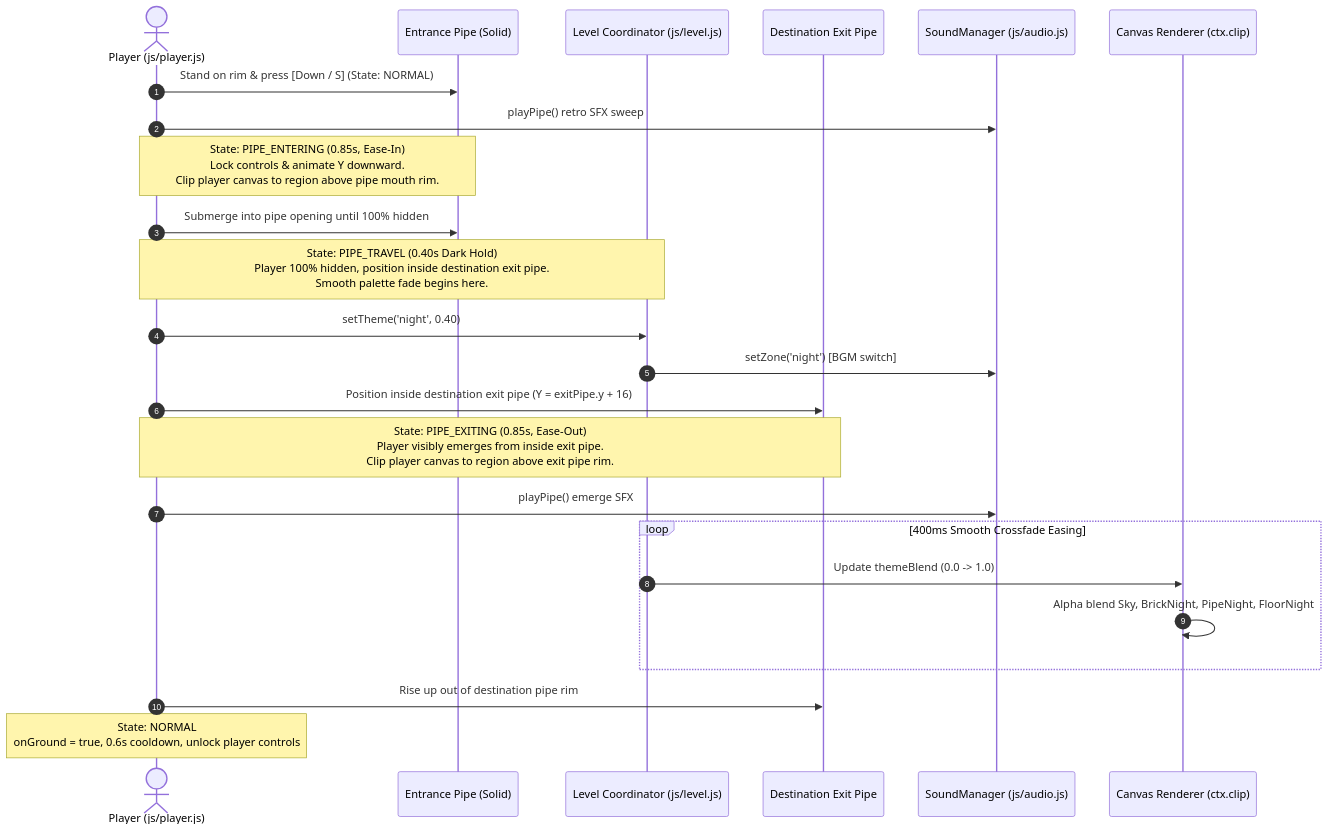
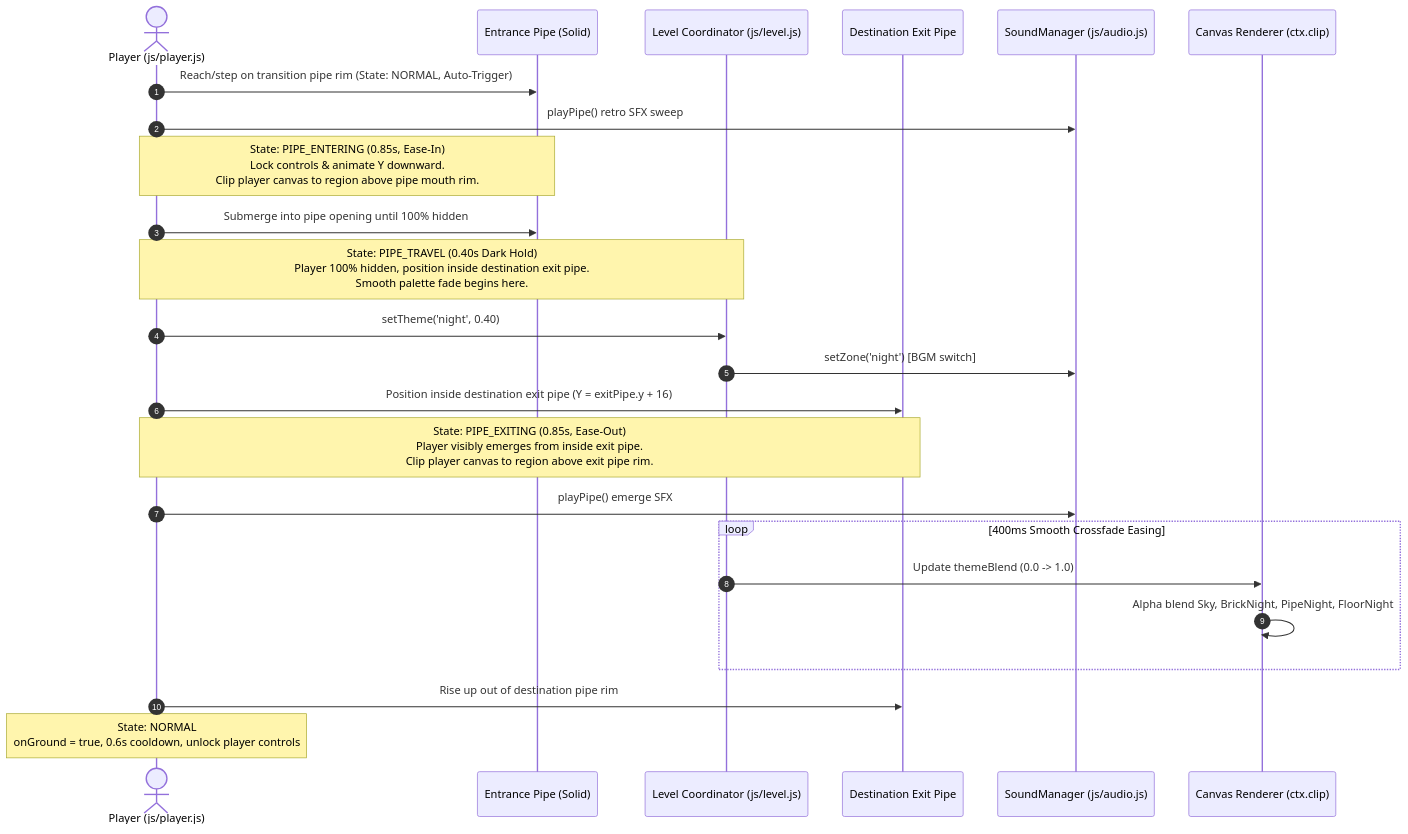
One commit to govindgautam-glitch/mario-game changed the third of 6 diagrams in project_summary_graph.md. Above: the diagram before and after it, drawn with Mermaid. The commit also changed other lines of this file and 20 other files, not shown here.

````diff
--- a/project_summary_graph.md
+++ b/project_summary_graph.md
@@ -113,29 +130,29 @@
 ```mermaid
 sequenceDiagram
     autonumber
     actor Player as Player (js/player.js)
     participant PipeIn as Entrance Pipe (Solid)
     participant Level as Level Coordinator (js/level.js)
     participant PipeOut as Destination Exit Pipe
     participant Audio as SoundManager (js/audio.js)
     participant Renderer as Canvas Renderer (ctx.clip)
 
-    Player->>PipeIn: Stand on rim & press [Down / S] (State: NORMAL)
+    Player->>PipeIn: Reach/step on transition pipe rim (State: NORMAL, Auto-Trigger)
     Player->>Audio: playPipe() retro SFX sweep
     Note over Player,PipeIn: State: PIPE_ENTERING (0.85s, Ease-In)<br/>Lock controls & animate Y downward.<br/>Clip player canvas to region above pipe mouth rim.
     Player->>PipeIn: Submerge into pipe opening until 100% hidden
     
     Note over Player,Level: State: PIPE_TRAVEL (0.40s Dark Hold)<br/>Player 100% hidden, position inside destination exit pipe.<br/>Smooth palette fade begins here.
     Player->>Level: setTheme('night', 0.40)
     Level->>Audio: setZone('night') [BGM switch]
     Player->>PipeOut: Position inside destination exit pipe (Y = exitPipe.y + 16)
     
     Note over Player,PipeOut: State: PIPE_EXITING (0.85s, Ease-Out)<br/>Player visibly emerges from inside exit pipe.<br/>Clip player canvas to region above exit pipe rim.
     Player->>Audio: playPipe() emerge SFX
     loop 400ms Smooth Crossfade Easing
         Level->>Renderer: Update themeBlend (0.0 -> 1.0)
         Renderer->>Renderer: Alpha blend Sky, BrickNight, PipeNight, FloorNight
     end
     Player->>PipeOut: Rise up out of destination pipe rim
     Note over Player: State: NORMAL<br/>onGround = true, 0.6s cooldown, unlock player controls
 ```
````
